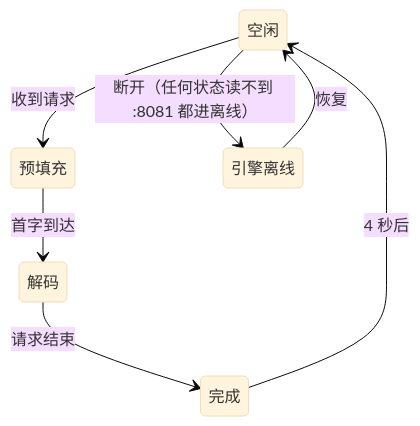
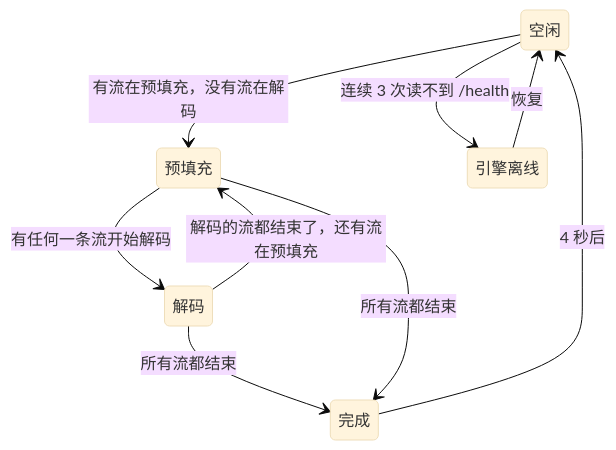
The second of 2 diagrams in docs/design.md (lijian1999/tensorfold-panel), drawn with Mermaid (base theme) before and after one commit. The commit also changed other lines of this file and 74 other files, not shown here.

````diff
--- a/docs/design.md
+++ b/docs/design.md
@@ -77,9 +167,11 @@
 ```mermaid
 stateDiagram-v2
-  空闲 --> 预填充: 收到请求
-  预填充 --> 解码: 首字到达
-  解码 --> 完成: 请求结束
+  空闲 --> 预填充: 有流在预填充，没有流在解码
+  预填充 --> 解码: 有任何一条流开始解码
+  解码 --> 预填充: 解码的流都结束了，还有流在预填充
+  解码 --> 完成: 所有流都结束
+  预填充 --> 完成: 所有流都结束
   完成 --> 空闲: 4 秒后
-  空闲 --> 引擎离线: 断开（任何状态读不到 :8081 都进离线）
+  空闲 --> 引擎离线: 连续 3 次读不到 /health
   引擎离线 --> 空闲: 恢复
 ```
````
